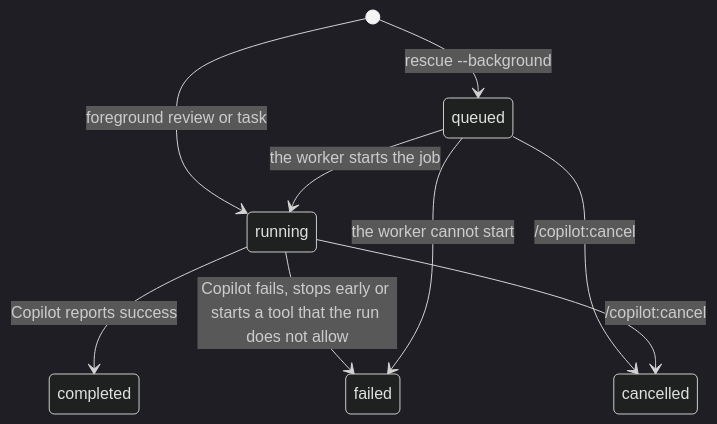
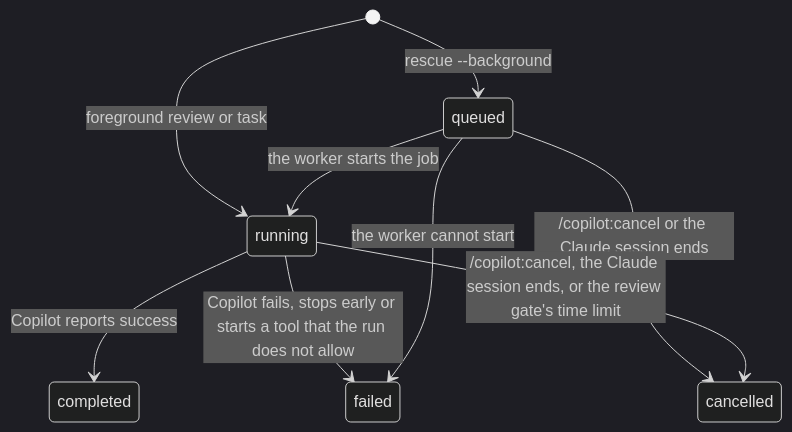
Before and after one commit to tmathura/copilot-plugin-cc: the diagram in docs/operations.md, drawn with Mermaid (dark theme). The commit also changed other lines of this file and 21 other files, not shown here.

First line of the commit message:
[#11] Add the Stop-hook review gate and session hooks (#23)

````diff
--- a/docs/operations.md
+++ b/docs/operations.md
@@ -10,11 +10,11 @@
 ```mermaid
 stateDiagram-v2
   [*] --> queued: rescue --background
   [*] --> running: foreground review or task
   queued --> running: the worker starts the job
   running --> completed: Copilot reports success
   running --> failed: Copilot fails, stops early or starts a tool that the run does not allow
   queued --> failed: the worker cannot start
-  queued --> cancelled: /copilot:cancel
-  running --> cancelled: /copilot:cancel
+  queued --> cancelled: /copilot:cancel or the Claude session ends
+  running --> cancelled: /copilot:cancel, the Claude session ends, or the review gate's time limit
 ```
````
